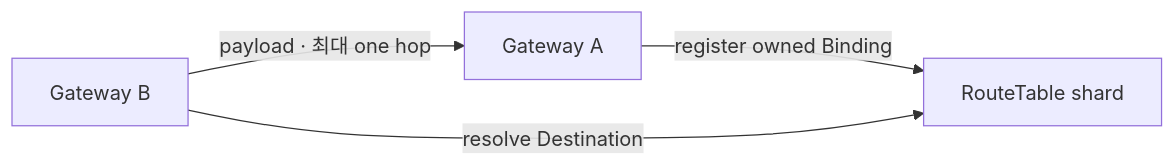
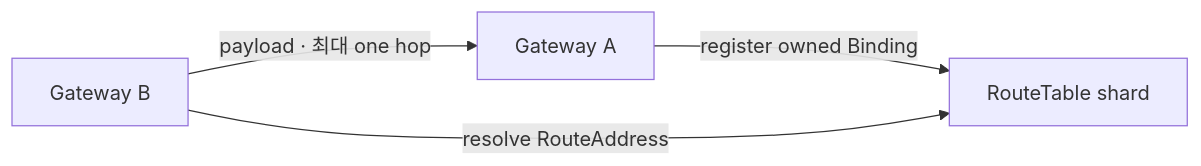
One commit to cagojeiger/relaygate changed the diagram in docs/adr/005-current-state-routing-topology.md. Above: the diagram before and after it, drawn with Mermaid. The commit also changed other lines of this file and 177 other files, not shown here.

````diff
--- a/docs/adr/005-current-state-routing-topology.md
+++ b/docs/adr/005-current-state-routing-topology.md
@@ -17,6 +17,6 @@
 ```mermaid
 flowchart LR
     GWA[Gateway A] -->|register owned Binding| RT[RouteTable shard]
-    GWB[Gateway B] -->|resolve Destination| RT
+    GWB[Gateway B] -->|resolve RouteAddress| RT
     GWB -->|payload · 최대 one hop| GWA
 ```
````
